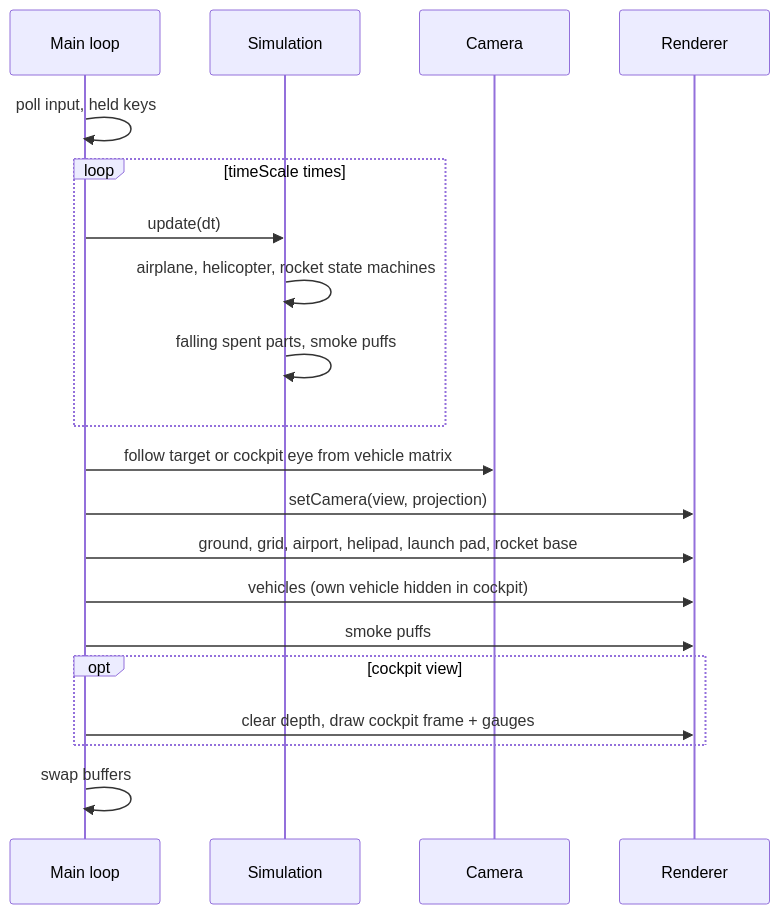
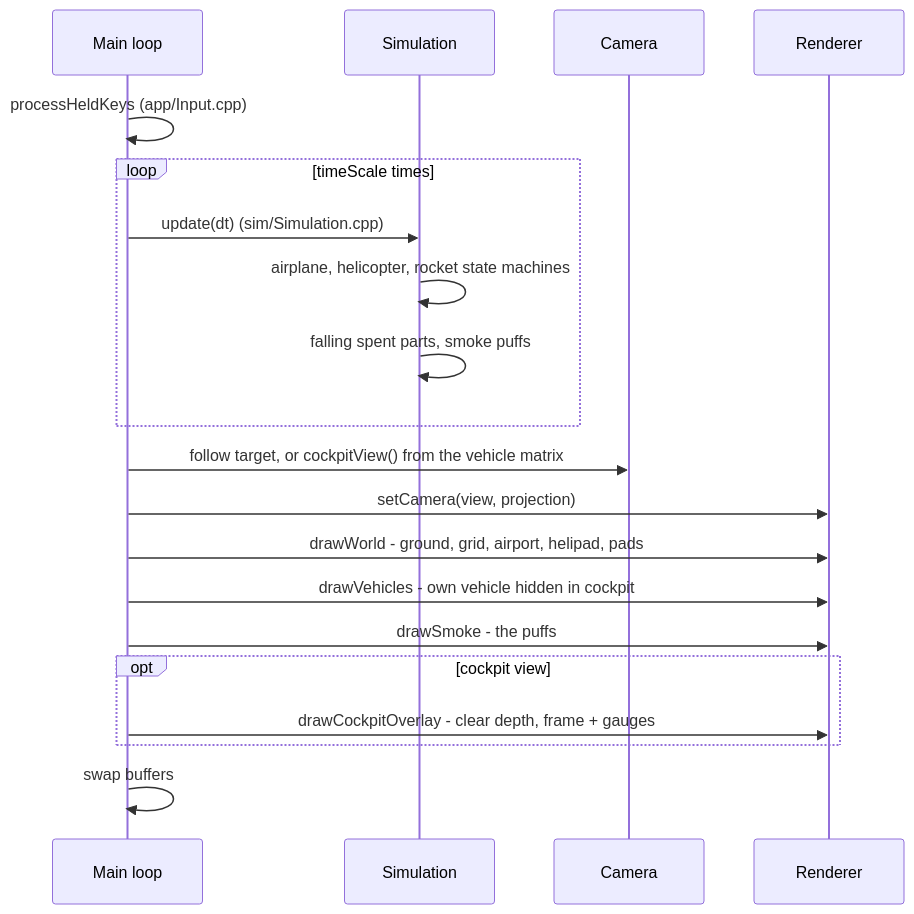
The second of 5 diagrams in README.md (shishir-kuet/airport-atc-simulation-opengl), drawn with Mermaid before and after one commit. The commit also changed other lines of this file and 1 other file, not shown here.

````diff
--- a/README.md
+++ b/README.md
@@ -197,22 +237,22 @@
 ```mermaid
 sequenceDiagram
     participant App as Main loop
     participant Sim as Simulation
     participant Cam as Camera
     participant R as Renderer
-    App->>App: poll input, held keys
+    App->>App: processHeldKeys (app/Input.cpp)
     loop timeScale times
-        App->>Sim: update(dt)
+        App->>Sim: update(dt) (sim/Simulation.cpp)
         Sim->>Sim: airplane, helicopter, rocket state machines
         Sim->>Sim: falling spent parts, smoke puffs
     end
-    App->>Cam: follow target or cockpit eye from vehicle matrix
+    App->>Cam: follow target, or cockpitView() from the vehicle matrix
     App->>R: setCamera(view, projection)
-    App->>R: ground, grid, airport, helipad, launch pad, rocket base
-    App->>R: vehicles (own vehicle hidden in cockpit)
-    App->>R: smoke puffs
+    App->>R: drawWorld - ground, grid, airport, helipad, pads
+    App->>R: drawVehicles - own vehicle hidden in cockpit
+    App->>R: drawSmoke - the puffs
     opt cockpit view
-        App->>R: clear depth, draw cockpit frame + gauges
+        App->>R: drawCockpitOverlay - clear depth, frame + gauges
     end
     App->>App: swap buffers
 ```
````
